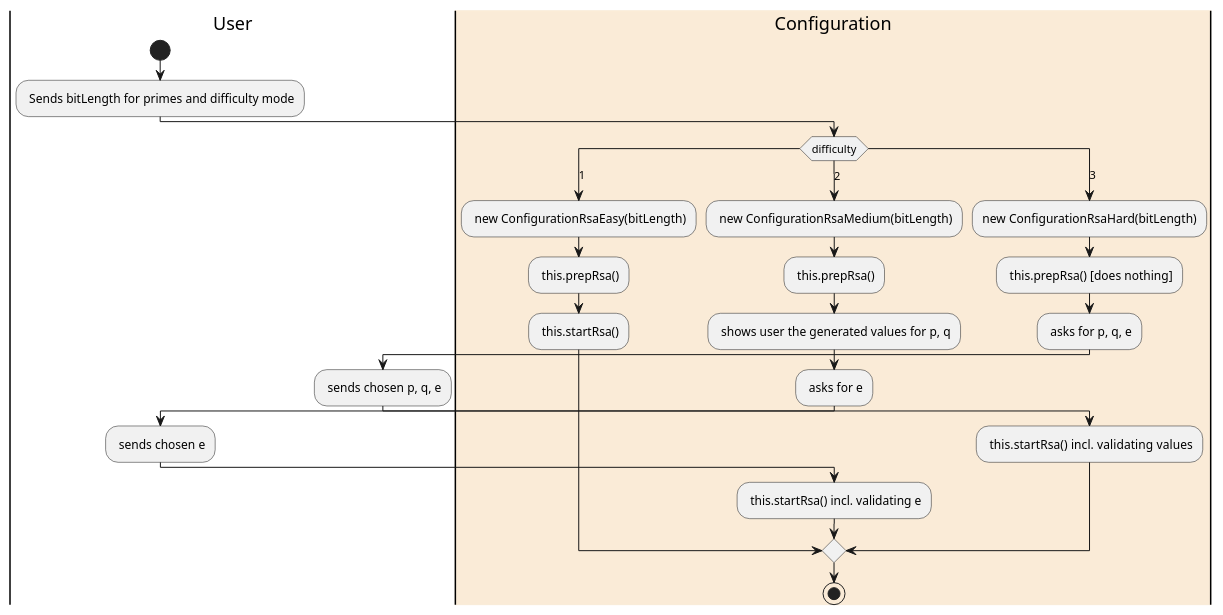
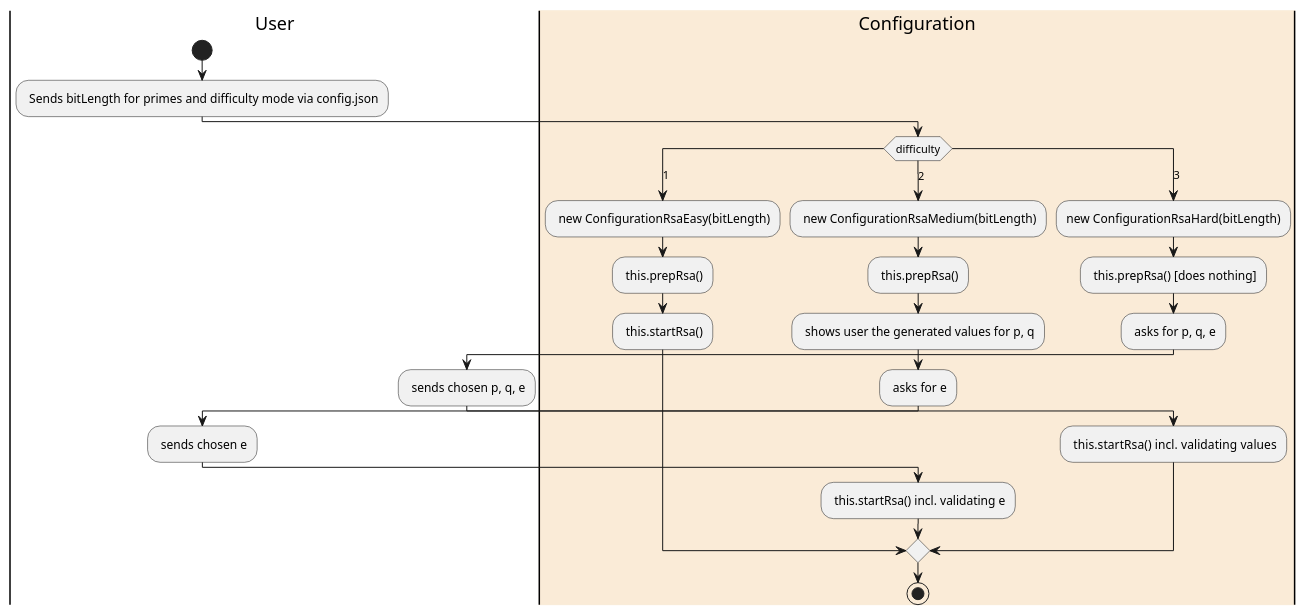
Before and after one commit to a-schulz/ALADIN_Cryptography: the diagram in docs/activity_diagram.puml, drawn with PlantUML. The commit also changed 1 other file, not shown here.

Commit message:
updated diagrams

```diff
--- a/docs/activity_diagram.puml
+++ b/docs/activity_diagram.puml
@@ -1,62 +1,62 @@
 @startuml
 'https://plantuml.com/activity-diagram-beta
 | User |
 start
-: Sends bitLength for primes and difficulty mode;
+: Sends bitLength for primes and difficulty mode via config.json;
 |#AntiqueWhite| Configuration |
 switch(difficulty)
     case(1)
         : new ConfigurationRsaEasy(bitLength);
         : this.prepRsa();
         : this.startRsa();
     case(2)
         : new ConfigurationRsaMedium(bitLength);
         : this.prepRsa();
         : shows user the generated values for p, q;
         : asks for e;
         | User |
         : sends chosen e;
         | Configuration |
         : this.startRsa() incl. validating e;
     case(3)
         :new ConfigurationRsaHard(bitLength);
         : this.prepRsa() [does nothing];
         : asks for p, q, e;
         | User |
         : sends chosen p, q, e;
         | Configuration |
         : this.startRsa()  incl. validating values;
 endswitch
 stop
 ':new page;
 'if (Page.onSecurityCheck) then (true)
 '  :Page.onInit();
 '  if (isForward?) then (no)
 '    :Process controls;
 '    if (continue processing?) then (no)
 '      stop
 '    endif
 '| Configuration |
 '    if (isPost?) then (yes)
 '      :Page.onPost();
 '    else (no)
 '      :Page.onGet();
 '    endif
 '    :Page.onRender();
 '  endif
 'else (false)
 'endif
 '
 'if (do redirect?) then (yes)
 '  :redirect process;
 'else
 '  if (do forward?) then (yes)
 '    :Forward request;
 '  else (no)
 '    :Render page template;
 '  endif
 'endif
 '
 'stop
 
 @enduml
```
